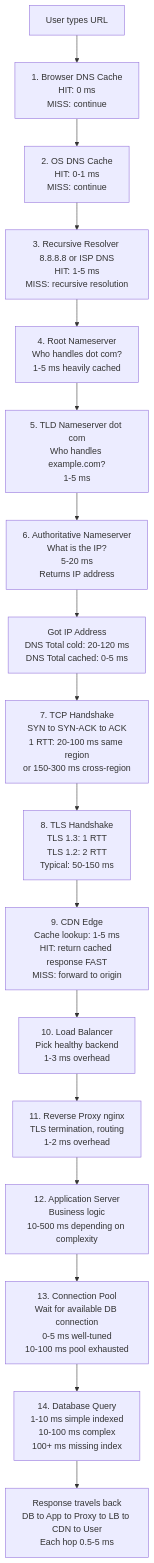
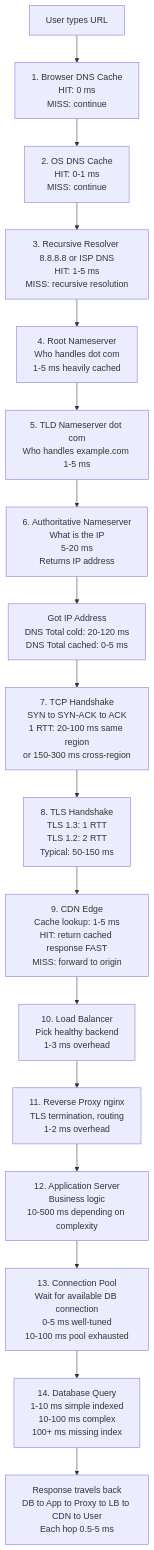
The sixth of 19 diagrams in Section0/Chapter_1_Systems_Servers_Clients.md (ranjeetnegi/System-Design-for-Staff-SWE), drawn with Mermaid before and after one commit. The commit also changed other lines of this file and 11 other files, not shown here.

````diff
--- a/Section0/Chapter_1_Systems_Servers_Clients.md
+++ b/Section0/Chapter_1_Systems_Servers_Clients.md
@@ -528,19 +528,19 @@
 ```mermaid
 flowchart TD
     User["User types URL"] --> BrowserCache["1. Browser DNS Cache\nHIT: 0 ms\nMISS: continue"]
     BrowserCache --> OSCache["2. OS DNS Cache\nHIT: 0-1 ms\nMISS: continue"]
     OSCache --> Resolver["3. Recursive Resolver 8.8.8.8 or ISP DNS\nHIT: 1-5 ms\nMISS: recursive resolution"]
-    Resolver --> RootNS["4. Root Nameserver\nWho handles dot com?\n1-5 ms heavily cached"]
-    RootNS --> TLDNS["5. TLD Nameserver dot com\nWho handles example.com?\n1-5 ms"]
-    TLDNS --> AuthNS["6. Authoritative Nameserver\nWhat is the IP?\n5-20 ms\nReturns IP address"]
+    Resolver --> RootNS["4. Root Nameserver\nWho handles dot com \n1-5 ms heavily cached"]
+    RootNS --> TLDNS["5. TLD Nameserver dot com\nWho handles example.com \n1-5 ms"]
+    TLDNS --> AuthNS["6. Authoritative Nameserver\nWhat is the IP \n5-20 ms\nReturns IP address"]
     AuthNS --> GotIP["Got IP Address\nDNS Total cold: 20-120 ms\nDNS Total cached: 0-5 ms"]
     GotIP --> TCP["7. TCP Handshake\nSYN to SYN-ACK to ACK\n1 RTT: 20-100 ms same region\nor 150-300 ms cross-region"]
     TCP --> TLS["8. TLS Handshake\nTLS 1.3: 1 RTT\nTLS 1.2: 2 RTT\nTypical: 50-150 ms"]
     TLS --> CDN["9. CDN Edge\nCache lookup: 1-5 ms\nHIT: return cached response FAST\nMISS: forward to origin"]
     CDN --> LB["10. Load Balancer\nPick healthy backend\n1-3 ms overhead"]
     LB --> ReverseProxy["11. Reverse Proxy nginx\nTLS termination, routing\n1-2 ms overhead"]
     ReverseProxy --> AppServer["12. Application Server\nBusiness logic\n10-500 ms depending on complexity"]
     AppServer --> ConnPool["13. Connection Pool\nWait for available DB connection\n0-5 ms well-tuned\n10-100 ms pool exhausted"]
     ConnPool --> DB["14. Database Query\n1-10 ms simple indexed\n10-100 ms complex\n100+ ms missing index"]
     DB --> Response["Response travels back\nDB to App to Proxy to LB to CDN to User\nEach hop 0.5-5 ms"]
 ```
````
